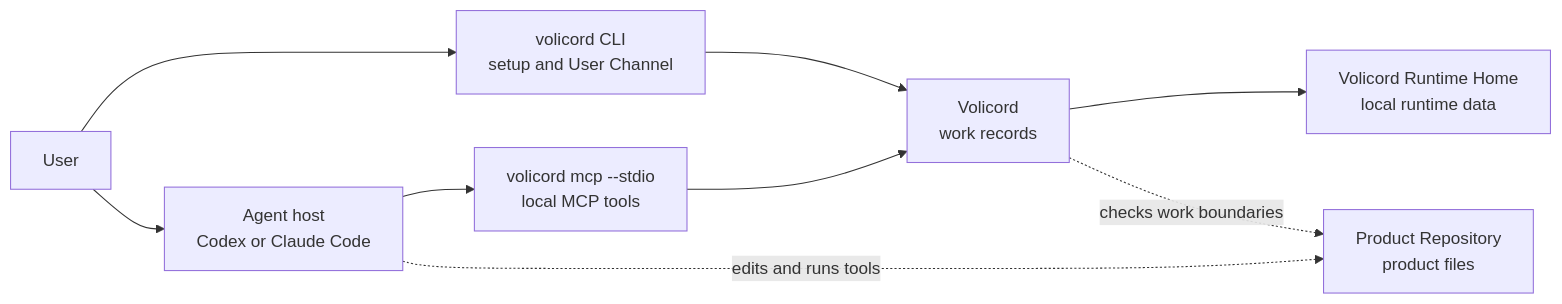
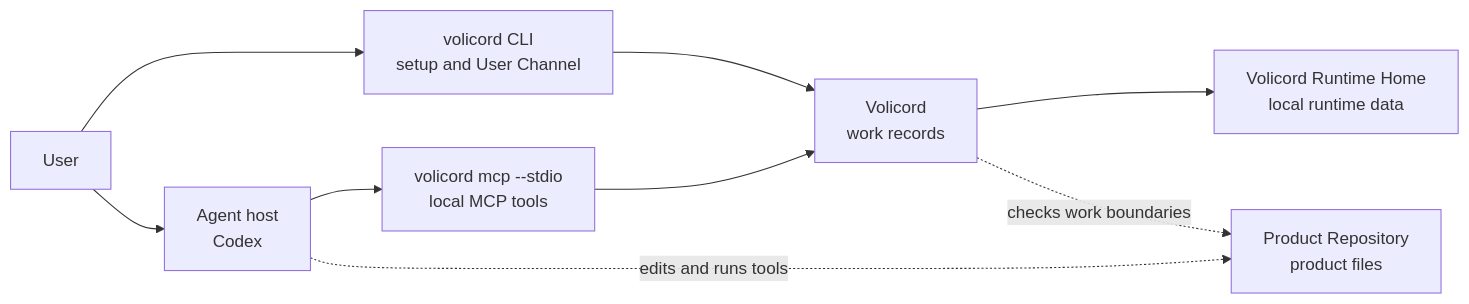
One commit to minjungw00/Volicord changed the first of 2 diagrams in README.md. Above: the diagram before and after it, drawn with Mermaid. The commit also changed other lines of this file and 132 other files, not shown here.

````diff
--- a/README.md
+++ b/README.md
@@ -147,19 +147,19 @@
 ```mermaid
 flowchart LR
   user["User"]
-  host["Agent host<br/>Codex or Claude Code"]
+  host["Agent host<br/>Codex"]
   mcp["volicord mcp --stdio<br/>local MCP tools"]
   record["Volicord<br/>work records"]
   runtime["Volicord Runtime Home<br/>local runtime data"]
   repo["Product Repository<br/>product files"]
   cli["volicord CLI<br/>setup and User Channel"]
 
   user --> host
   host --> mcp
   mcp --> record
   record --> runtime
   user --> cli
   cli --> record
   host -. edits and runs tools .-> repo
   record -. checks work boundaries .-> repo
 ```
````
